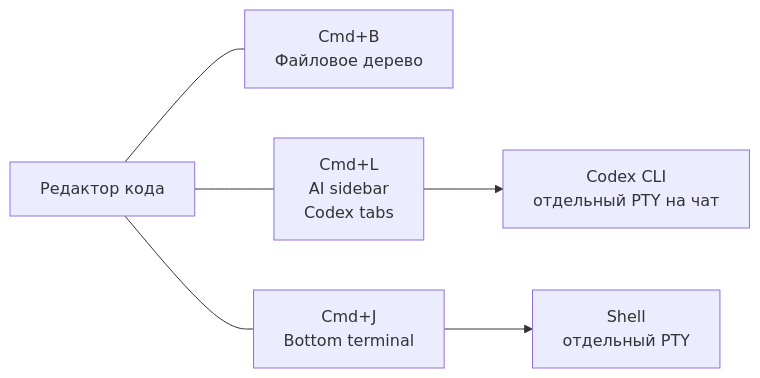
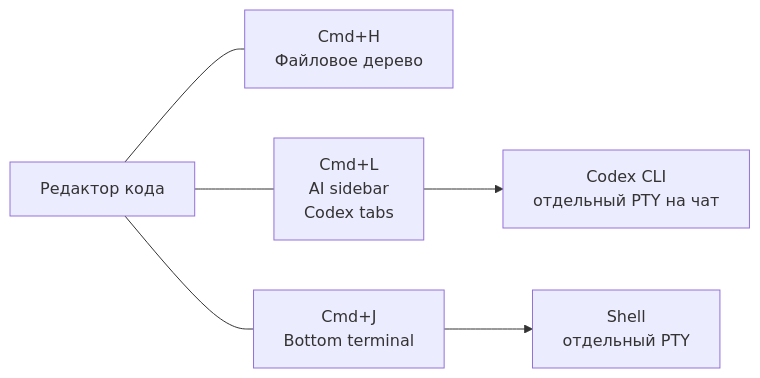
Before and after one commit to cododel/nvim-config: the first of 2 diagrams in README.md, drawn with Mermaid. The commit also changed other lines of this file and 3 other files, not shown here.

````diff
--- a/README.md
+++ b/README.md
@@ -36,15 +36,15 @@
 ```mermaid
 flowchart LR
   E["Редактор кода"]
-  F["Cmd+B\nФайловое дерево"]
+  F["Cmd+H\nФайловое дерево"]
   A["Cmd+L\nAI sidebar\nCodex tabs"]
   T["Cmd+J\nBottom terminal"]
   C["Codex CLI\nотдельный PTY на чат"]
   S["Shell\nотдельный PTY"]
 
   E --- F
   E --- A
   E --- T
   A --> C
   T --> S
 ```
````
